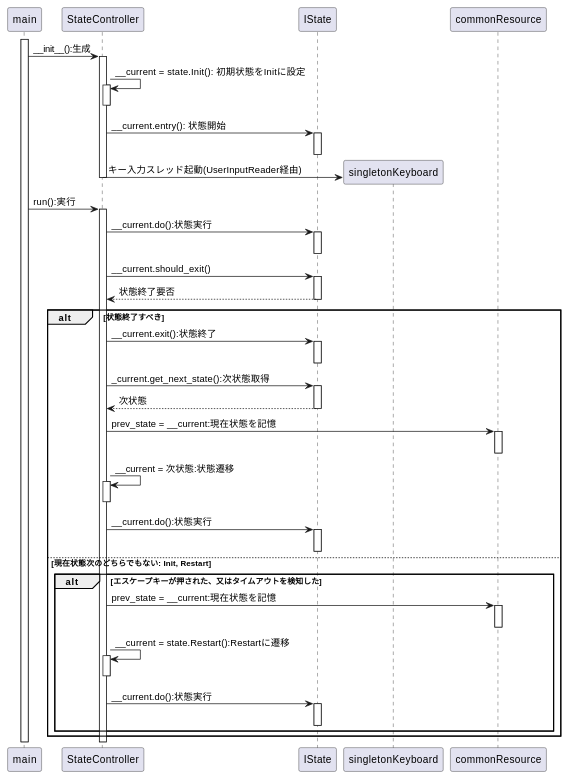
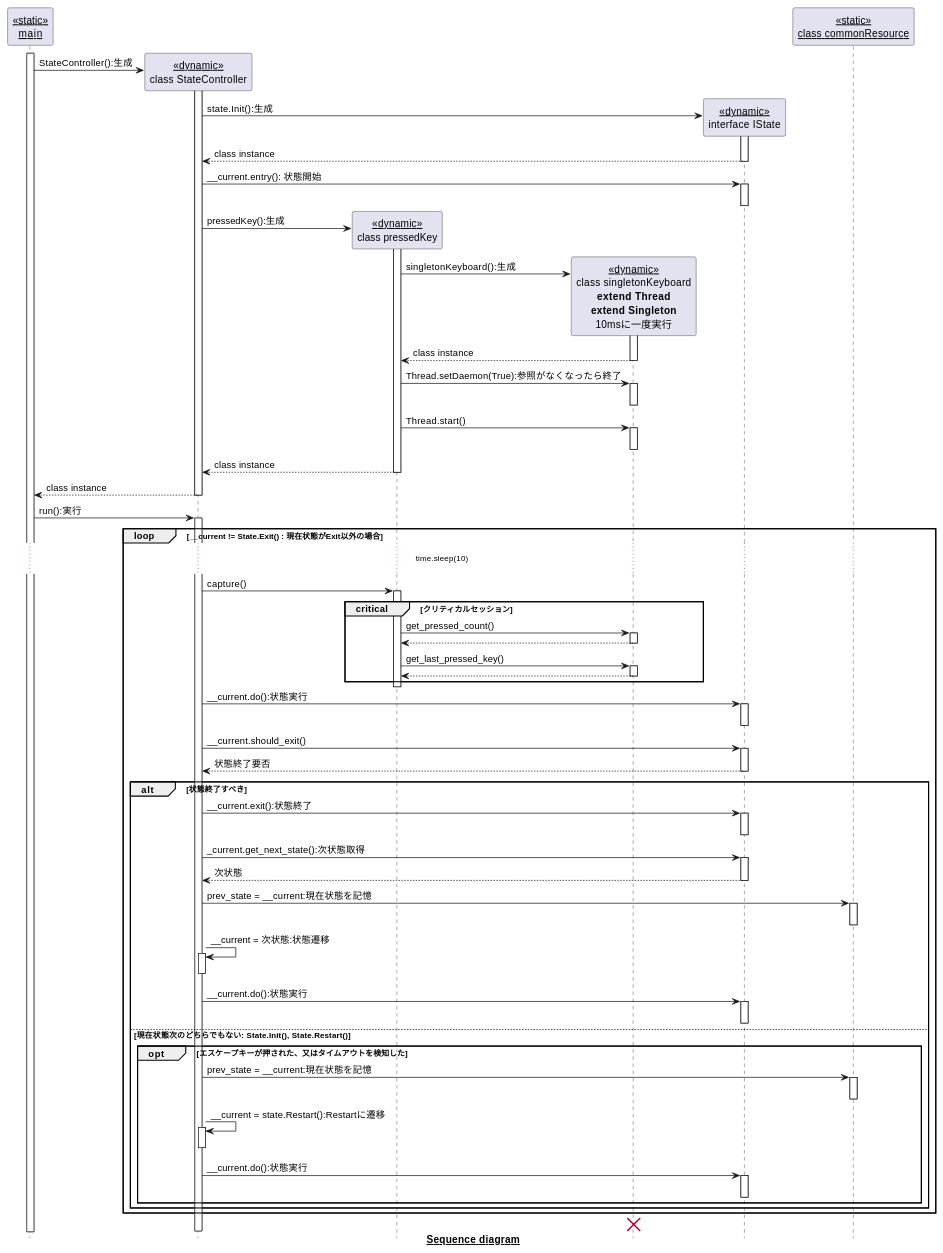
One commit to A-Yasue/EquipmentBookingSystem changed the second of 6 diagrams in doc/design.md. Above: the diagram before and after it, drawn with PlantUML. The commit also changed other lines of this file and 4 other files, not shown here.

````diff
--- a/doc/design.md
+++ b/doc/design.md
@@ -63,48 +63,82 @@
 ```plantuml
 autoactivate on
+hide footbox
+
+participant "__<<static>>__\n__main__" as main
+participant "__<<dynamic>>__\nclass StateController" as StateController
+participant "__<<dynamic>>__\nclass pressedKey" as pressedKey
+participant "__<<dynamic>>__\nclass singletonKeyboard\n**extend Thread**\n**extend Singleton**\n10msに一度実行" as singletonKeyboard
+participant "__<<dynamic>>__\ninterface IState" as IState
+participant "__<<static>>__\n__class commonResource__" as commonResource
 
 activate main
-main -> StateController : ~__init__():生成
-    StateController -> StateController : __current = state.Init(): 初期状態をInitに設定
-    deactivate
+main -> StateController ** : StateController():生成
+activate StateController
+    StateController -> IState ** : state.Init():生成
+    activate IState
+    return class instance
     StateController -> IState : __current.entry(): 状態開始
     deactivate
 
-    StateController -> singletonKeyboard **: キー入力スレッド起動(UserInputReader経由)
-deactivate
+    StateController -> pressedKey **: pressedKey():生成
+    activate pressedKey
+        pressedKey -> singletonKeyboard **: singletonKeyboard():生成
+        activate singletonKeyboard
+        return class instance
+        pressedKey -> singletonKeyboard : Thread.setDaemon(True):参照がなくなったら終了
+        deactivate
+        pressedKey -> singletonKeyboard : Thread.start()
+        deactivate
+    return class instance
+
+return class instance
+deactivate StateController
+
 main -> StateController : run():実行
-
-    StateController -> IState : __current.do():状態実行
-    deactivate
-
-    StateController -> IState : __current.should_exit()
-    return 状態終了要否
-
-    alt 状態終了すべき
-        StateController -> IState : __current.exit():状態終了
-        deactivate
-
-        StateController -> IState : _current.get_next_state():次状態取得
-        return 次状態
-
-        StateController -> commonResource : prev_state = __current:現在状態を記憶
-        deactivate
-
-        StateController -> StateController : __current = 次状態:状態遷移
+    loop __current != State.Exit() : 現在状態がExit以外の場合
+        ... time.sleep(10) ...
+        StateController -> pressedKey: capture()
+            critical クリティカルセッション
+            pressedKey -> singletonKeyboard: get_pressed_count()
+            return
+            pressedKey -> singletonKeyboard: get_last_pressed_key()
+            return
+            end
         deactivate
 
         StateController -> IState : __current.do():状態実行
         deactivate
-    else 現在状態次のどちらでもない: Init, Restart
-        alt エスケープキーが押された、又はタイムアウトを検知した
+
+        StateController -> IState : __current.should_exit()
+        return 状態終了要否
+
+        alt 状態終了すべき
+            StateController -> IState : __current.exit():状態終了
+            deactivate
+
+            StateController -> IState : _current.get_next_state():次状態取得
+            return 次状態
+
             StateController -> commonResource : prev_state = __current:現在状態を記憶
             deactivate
-            StateController -> StateController : __current = state.Restart():Restartに遷移
+
+            StateController -> StateController : __current = 次状態:状態遷移
             deactivate
 
             StateController -> IState : __current.do():状態実行
             deactivate
+        else 現在状態次のどちらでもない: State.Init(), State.Restart()
+            opt エスケープキーが押された、又はタイムアウトを検知した
+                StateController -> commonResource : prev_state = __current:現在状態を記憶
+                deactivate
+                StateController -> StateController : __current = state.Restart():Restartに遷移
+                deactivate
+                StateController -> IState : __current.do():状態実行
+                deactivate
+            end
         end
     end
-
+    destroy singletonKeyboard
+deactivate
+caption **__Sequence diagram__**
 ```
````
